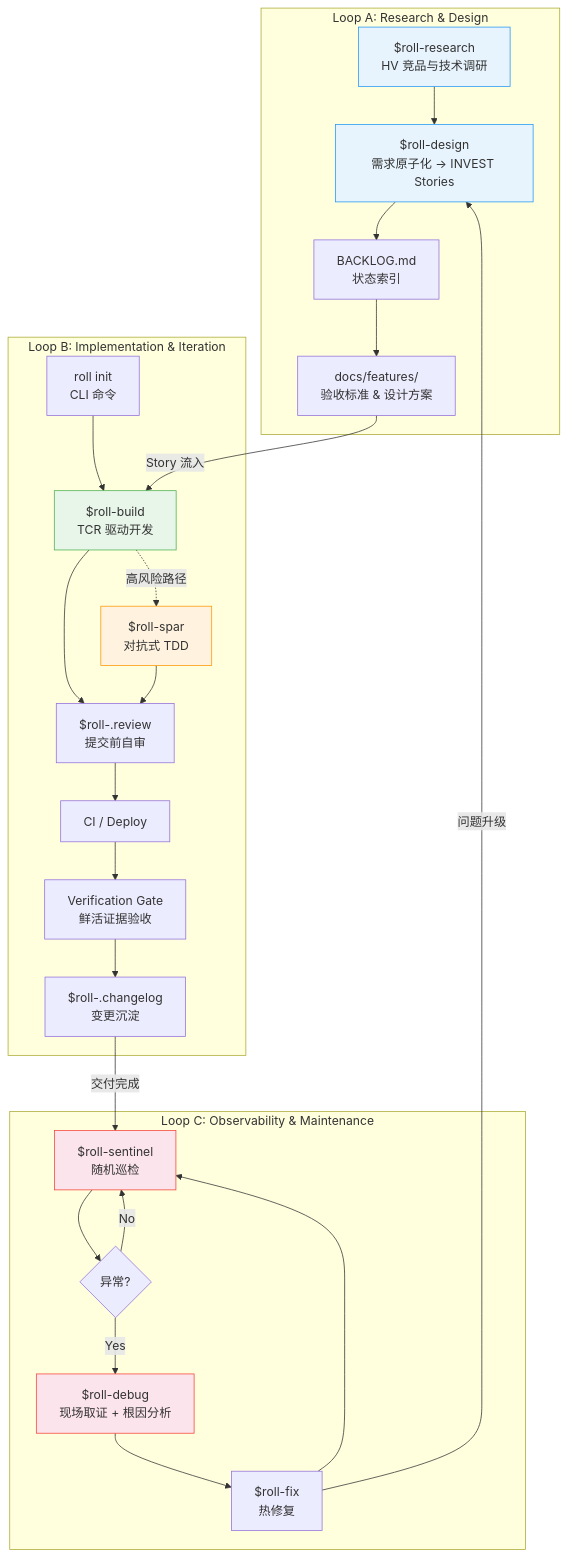
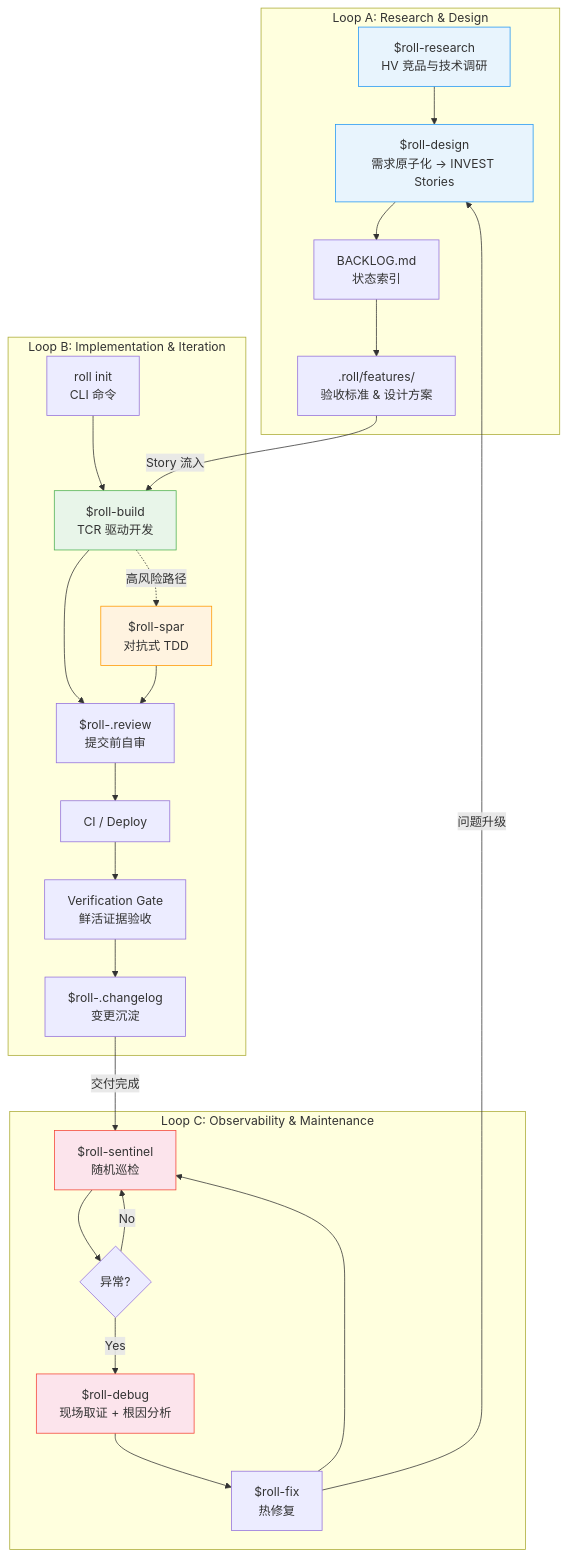
The first of 2 diagrams in guide/zh/methodology.md (seanyao/roll), drawn with Mermaid before and after one commit. The commit also changed other lines of this file and 11 other files, not shown here.

````diff
--- a/guide/zh/methodology.md
+++ b/guide/zh/methodology.md
@@ -24,37 +24,37 @@
 ```mermaid
 graph TB
     subgraph "Loop A: Research & Design"
         A1["$roll-research<br/>HV 竞品与技术调研"] --> A2["$roll-design<br/>需求原子化 → INVEST Stories"]
         A2 --> A3["BACKLOG.md<br/>状态索引"]
-        A3 --> A4["docs/features/<br/>验收标准 & 设计方案"]
+        A3 --> A4[".roll/features/<br/>验收标准 & 设计方案"]
     end
 
     subgraph "Loop B: Implementation & Iteration"
         B1["roll init<br/>CLI 命令"] --> B2["$roll-build<br/>TCR 驱动开发"]
         B2 --> B3["$roll-.review<br/>提交前自审"]
         B3 --> B4["CI / Deploy"]
         B4 --> B5["Verification Gate<br/>鲜活证据验收"]
         B5 --> B6["$roll-.changelog<br/>变更沉淀"]
         B2 -.->|高风险路径| B7["$roll-spar<br/>对抗式 TDD"]
         B7 --> B3
     end
 
     subgraph "Loop C: Observability & Maintenance"
         C1["$roll-sentinel<br/>随机巡检"] --> C2{"异常?"}
         C2 -->|Yes| C3["$roll-debug<br/>现场取证 + 根因分析"]
         C3 --> C5["$roll-fix<br/>热修复"]
         C5 --> C1
         C2 -->|No| C1
     end
 
     A4 -->|"Story 流入"| B2
     B6 -->|"交付完成"| C1
     C5 -->|"问题升级"| A2
 
     style A1 fill:#e8f4fd,stroke:#2196F3
     style A2 fill:#e8f4fd,stroke:#2196F3
     style B2 fill:#e8f5e9,stroke:#4CAF50
     style B7 fill:#fff3e0,stroke:#FF9800
     style C1 fill:#fce4ec,stroke:#F44336
     style C3 fill:#fce4ec,stroke:#F44336
 ```
````
